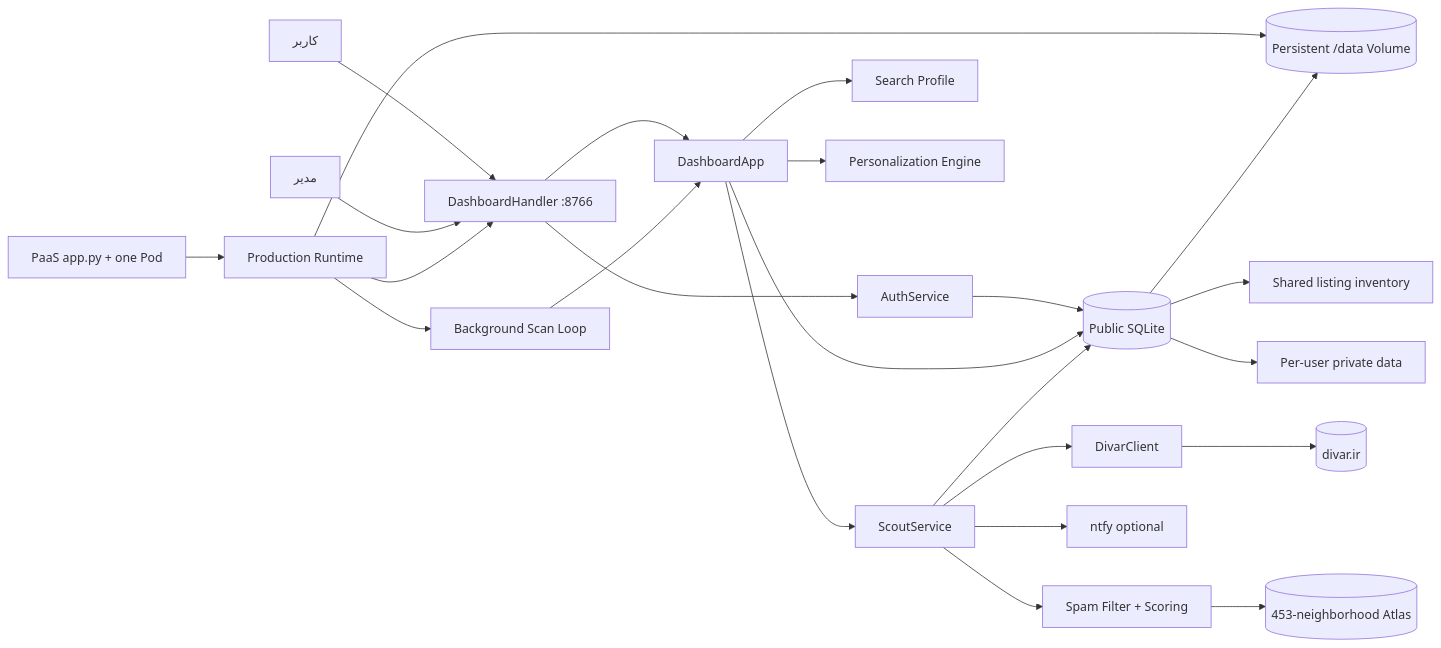
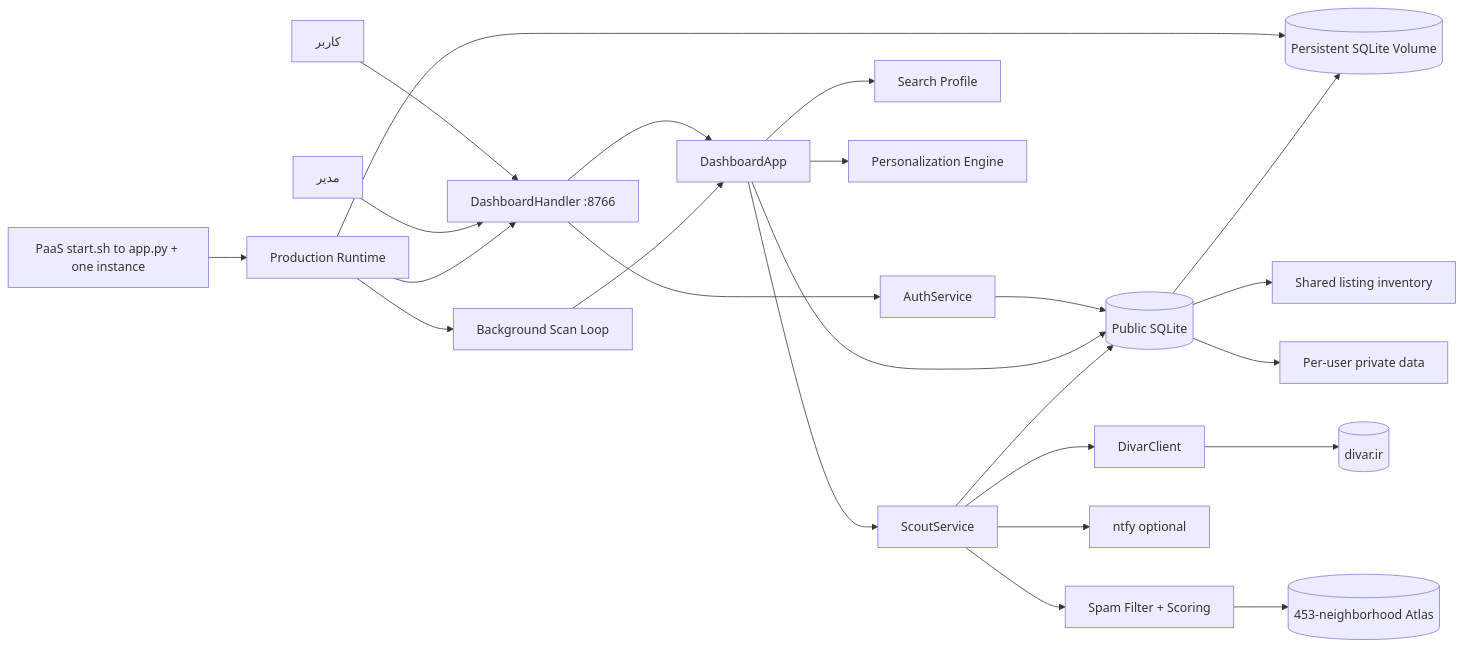
The first of 5 diagrams in ARCHITECTURE.md (mohsen8209/khaneh-yab-public), drawn with Mermaid before and after one commit. The commit also changed other lines of this file and 6 other files, not shown here.

````diff
--- a/ARCHITECTURE.md
+++ b/ARCHITECTURE.md
@@ -15,26 +15,26 @@
 ```mermaid
 flowchart LR
     User[کاربر] --> HTTP[DashboardHandler :8766]
     Admin[مدیر] --> HTTP
-    PaaS[PaaS app.py + one Pod] --> Runtime[Production Runtime]
+    PaaS[PaaS start.sh to app.py + one instance] --> Runtime[Production Runtime]
     Runtime --> HTTP
     Runtime --> Worker[Background Scan Loop]
-    Runtime --> Volume[(Persistent /data Volume)]
+    Runtime --> Volume[(Persistent SQLite Volume)]
     HTTP --> Auth[AuthService]
     HTTP --> App[DashboardApp]
     App --> Profile[Search Profile]
     App --> Taste[Personalization Engine]
     App --> Scan[ScoutService]
     Scan --> Divar[DivarClient]
     Divar --> Remote[(divar.ir)]
     Scan --> Score[Spam Filter + Scoring]
     Score --> Atlas[(453-neighborhood Atlas)]
     Auth --> DB[(Public SQLite)]
     App --> DB
     Scan --> DB
     Worker --> App
     DB --> Volume
     Scan --> Notify[ntfy optional]
     DB --> Shared[Shared listing inventory]
     DB --> Private[Per-user private data]
 ```
````
